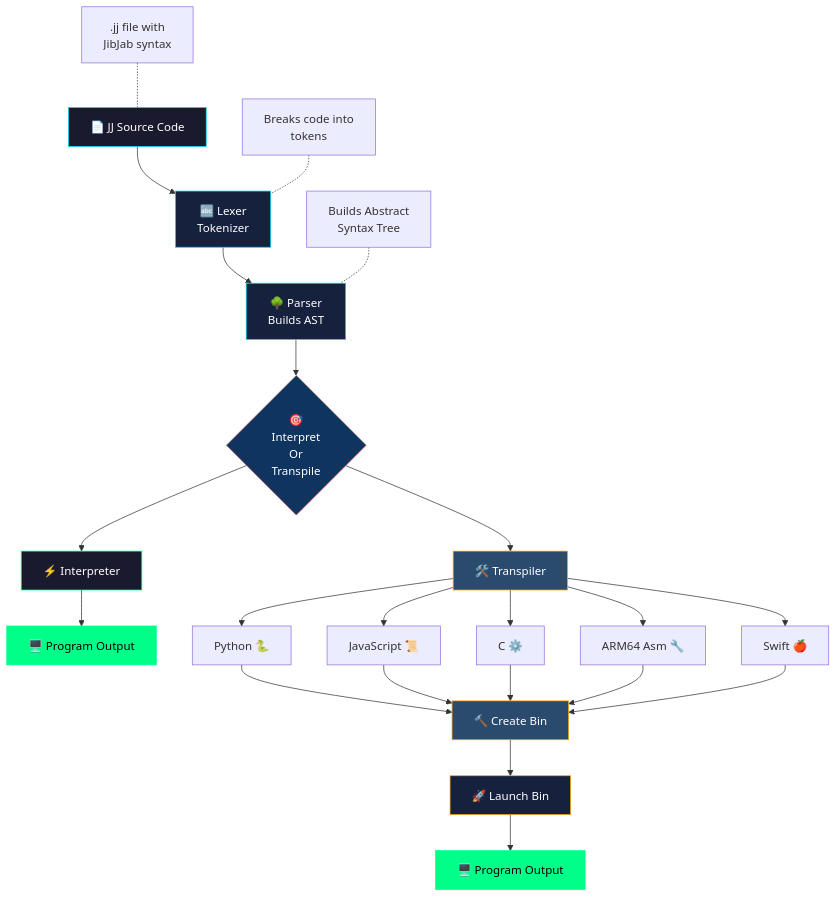
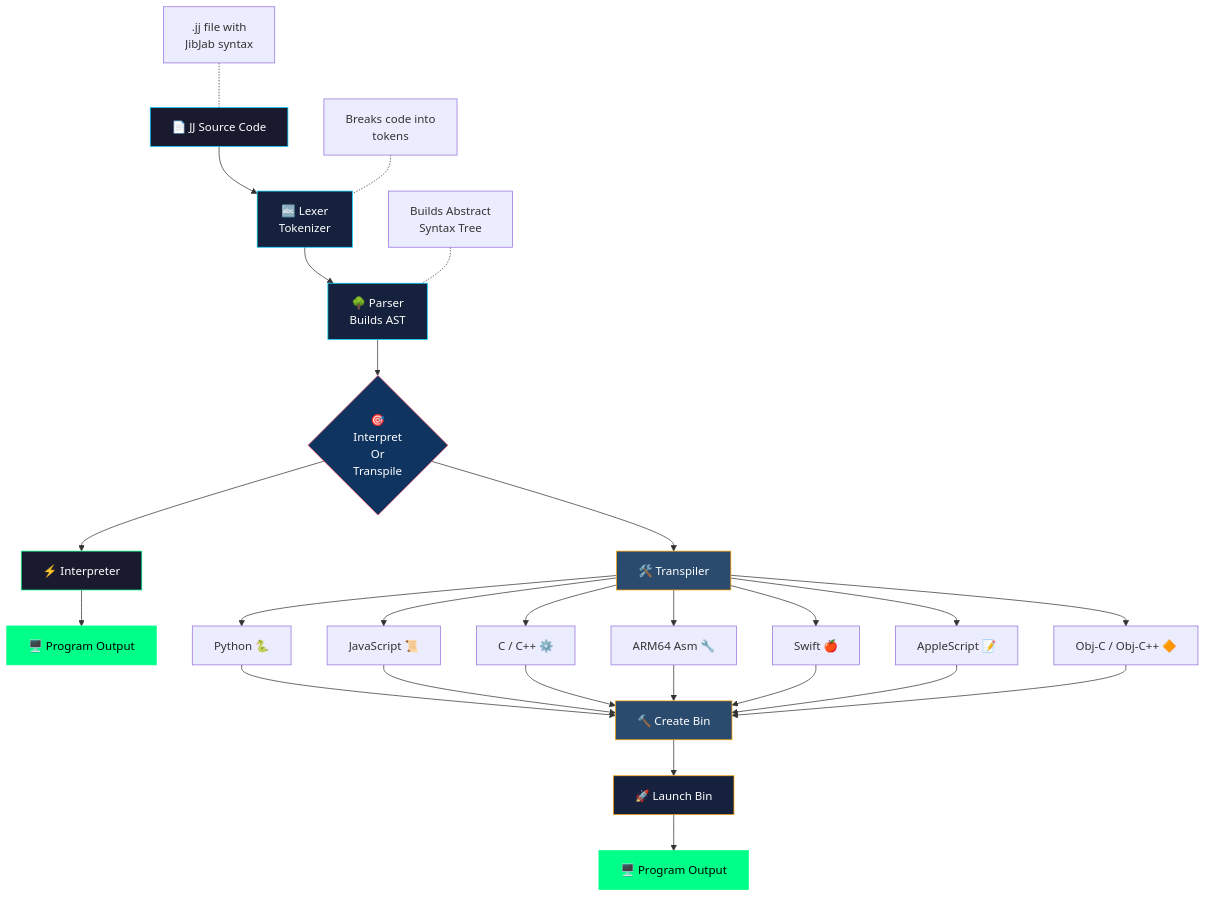
One commit to SuperBox64/JibberJabber changed the diagram in README.md. Above: the diagram before and after it, drawn with Mermaid. The commit also changed other lines of this file, not shown here.

````diff
--- a/README.md
+++ b/README.md
@@ -325,40 +324,44 @@
 ```mermaid
 flowchart TD
     A[📄 JJ Source Code] --> B[🔤 Lexer<br>Tokenizer]
     B --> C[🌳 Parser<br>Builds AST]
     C --> D{🎯<br>Interpret<br>Or<br>Transpile}
 
     A1[".jj file with<br>JibJab syntax"] -.- A
     B1["Breaks code into<br>tokens"] -.- B
     C1["Builds Abstract<br>Syntax Tree"] -.- C
 
     D --> E[⚡ Interpreter]
     E --> F[🖥️ Program Output]
 
     D --> G[🛠️ Transpiler]
     G --> H[Python 🐍]
     G --> I[JavaScript 📜]
-    G --> J[C ⚙️]
+    G --> J[C / C++ ⚙️]
     G --> K[ARM64 Asm 🔧]
     G --> L[Swift 🍎]
+    G --> P[AppleScript 📝]
+    G --> Q[Obj-C / Obj-C++ 🔶]
 
     H --> M[🔨 Create Bin]
     I --> M
     J --> M
     K --> M
     L --> M
+    P --> M
+    Q --> M
     M --> N[🚀 Launch Bin]
     N --> O[🖥️ Program Output]
 
     style M fill:#2a4a6e,stroke:#ffa500,color:#fff
     style N fill:#16213e,stroke:#ffa500,color:#fff
     style O fill:#00ff88,stroke:#00ff88,color:#000
 
     style A fill:#1a1a2e,stroke:#00d4ff,color:#fff
     style B fill:#16213e,stroke:#00d4ff,color:#fff
     style C fill:#16213e,stroke:#00d4ff,color:#fff
     style D fill:#0f3460,stroke:#e94560,color:#fff
     style E fill:#1a1a2e,stroke:#00ff88,color:#fff
     style F fill:#00ff88,stroke:#00ff88,color:#000
     style G fill:#2a4a6e,stroke:#ffa500,color:#fff
 ```
````
